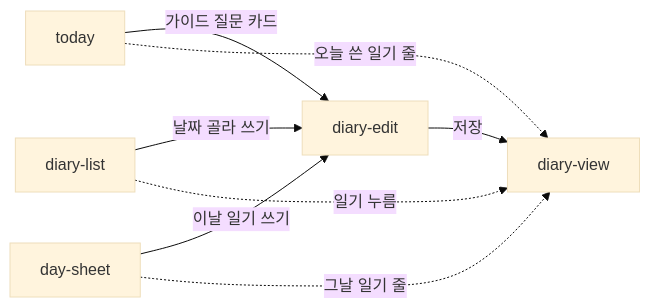
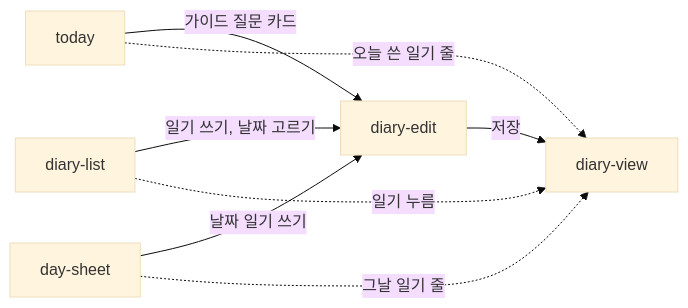
One commit to june20516/myungli-diary changed the second of 3 diagrams in docs/ia/README.md. Above: the diagram before and after it, drawn with Mermaid (base theme). The commit also changed 2 other files, not shown here.

Commit message:
docs(root): IA v5, 검수 회차1과 DS1 IA 시안 B, A, F, D, C, E, G 확정 반영 (#801)
* today: 날짜 머리, 섹션 제목, 총운 결정 태그(십성 묶음 슬롯), 근거 진입점 아이콘, 행운 설명은 설명 시트로. 날의 성격 이유와 대표 태그 뜻 슬롯 삭제
* 새 화면 tag-sheet(사주 기운 시트), color-rule-sheet(달력 색 규칙 시트)
* day-sheet: full-sheet, 날짜와 음력 머리, 길흉판정, 이유 슬롯 삭제
* my-saju 다섯 섹션, diary-list 쓰기 입구 하나, diary-edit 날짜 블록과 상단 바 저장, diary-view 한자 태그만
* saju-chart 머리, 섹션 설명, 만세력 띠 표, evidence-sheet 잠긴 미리보기(D106)와 대상 문장, login 경로별 문구(F-029)
* 새 컴포넌트 15개, version 5, 계약 목록 IA 행 갱신

Claude-Session: https://claude.ai/code/session_01KrC1eVQgVFMGxhaLKSunMt

````diff
--- a/docs/ia/README.md
+++ b/docs/ia/README.md
@@ -46,10 +46,10 @@
 ```mermaid
 flowchart LR
   today -->|가이드 질문 카드| diary-edit
-  diary-list -->|날짜 골라 쓰기| diary-edit
-  day-sheet -->|이날 일기 쓰기| diary-edit
+  diary-list -->|일기 쓰기, 날짜 고르기| diary-edit
+  day-sheet -->|날짜 일기 쓰기| diary-edit
   today -.->|오늘 쓴 일기 줄| diary-view
   day-sheet -.->|그날 일기 줄| diary-view
   diary-list -.->|일기 누름| diary-view
   diary-edit -->|저장| diary-view
 ```
````
